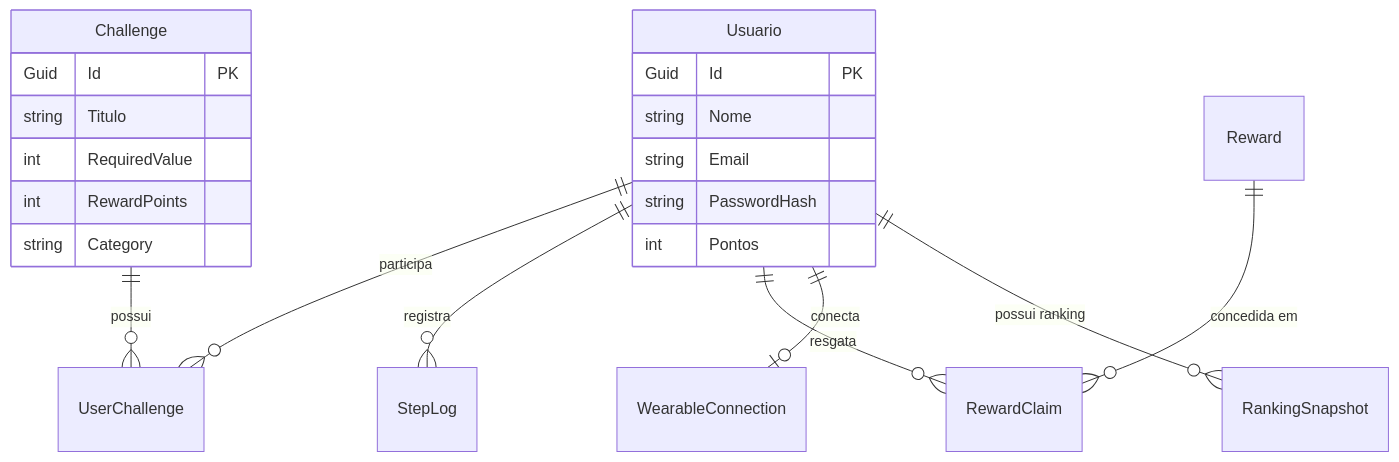
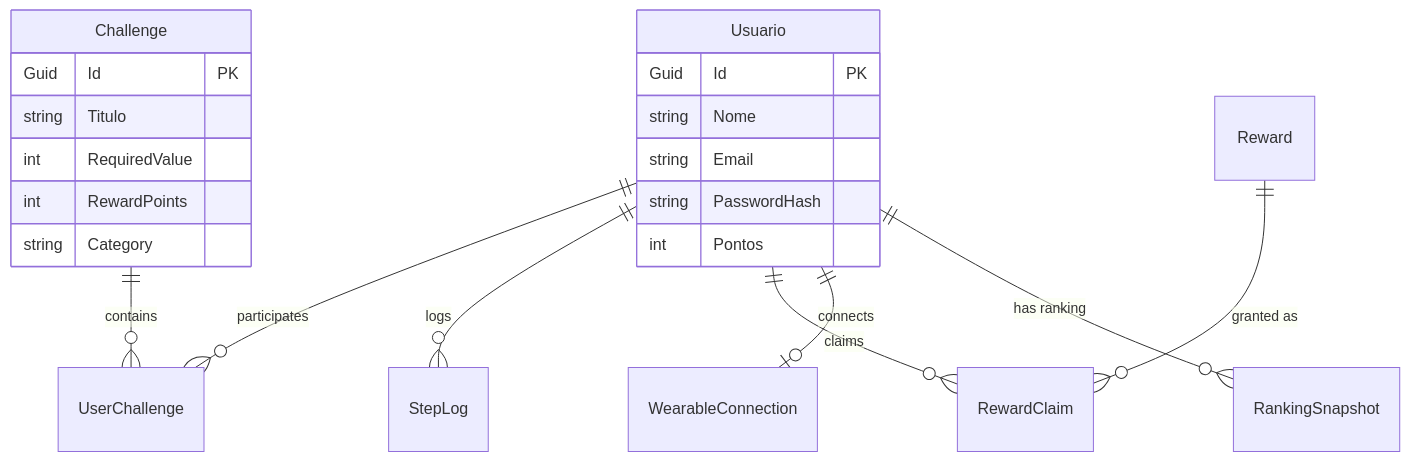
Before and after one commit to SgT012003/Challeng-Csharp: the second of 2 diagrams in README.md, drawn with Mermaid. The commit also changed other lines of this file and 1 other file, not shown here.

````diff
--- a/README.md
+++ b/README.md
@@ -23,26 +60,26 @@
 ```mermaid
 erDiagram
-    Usuario ||--o{ UserChallenge : "participa"
-    Challenge ||--o{ UserChallenge : "possui"
-    Usuario ||--o{ StepLog : "registra"
-    Usuario ||--o{ RewardClaim : "resgata"
-    Reward ||--o{ RewardClaim : "concedida em"
-    Usuario ||--o| WearableConnection : "conecta"
-    Usuario ||--o{ RankingSnapshot : "possui ranking"
+    Usuario ||--o{ UserChallenge : "participates"
+    Challenge ||--o{ UserChallenge : "contains"
+    Usuario ||--o{ StepLog : "logs"
+    Usuario ||--o{ RewardClaim : "claims"
+    Reward ||--o{ RewardClaim : "granted as"
+    Usuario ||--o| WearableConnection : "connects"
+    Usuario ||--o{ RankingSnapshot : "has ranking"
 
     Usuario {
         Guid Id PK
         string Nome
         string Email
         string PasswordHash
         int Pontos
     }
 
     Challenge {
         Guid Id PK
         string Titulo
         int RequiredValue
         int RewardPoints
         string Category
     }
 ```
````
